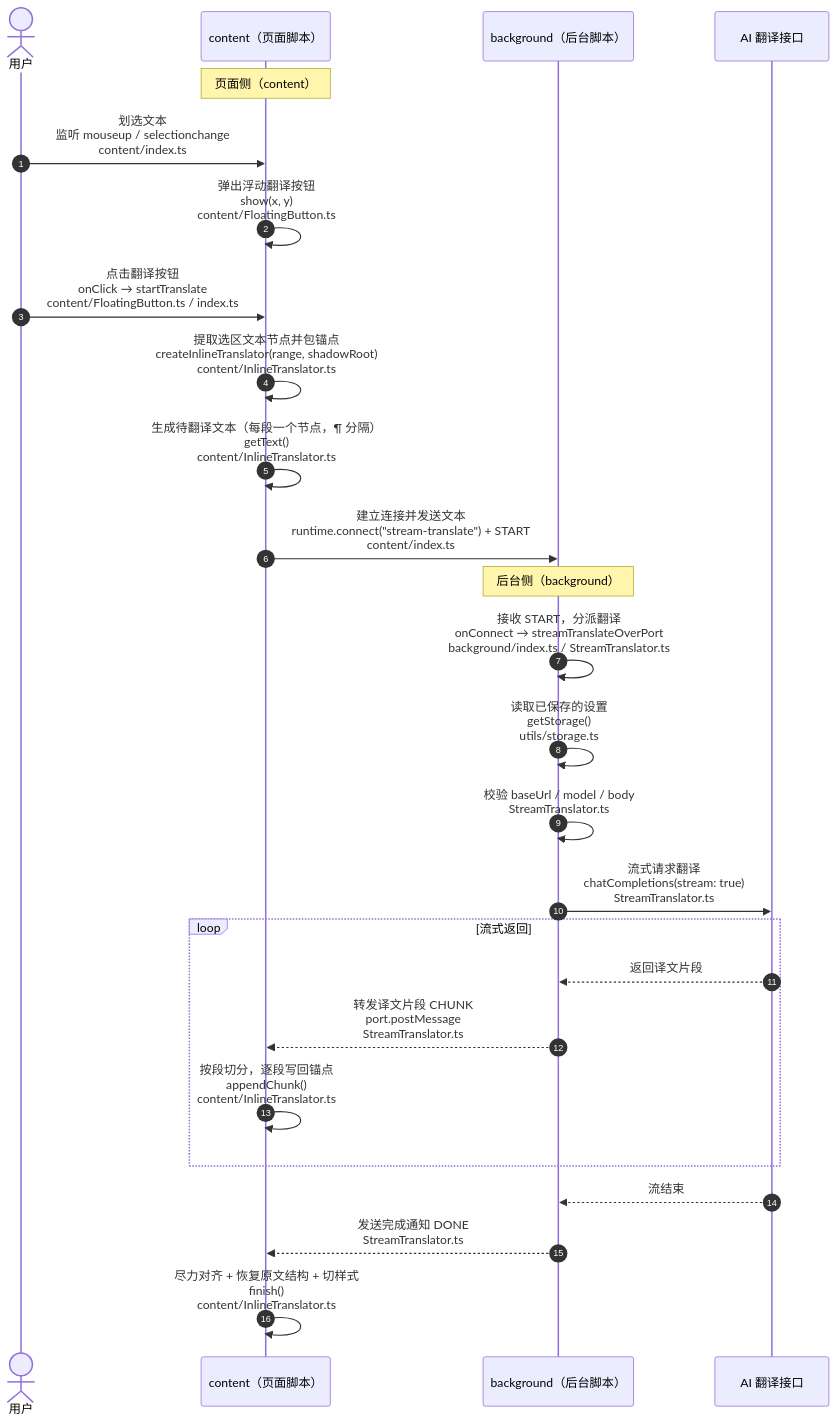
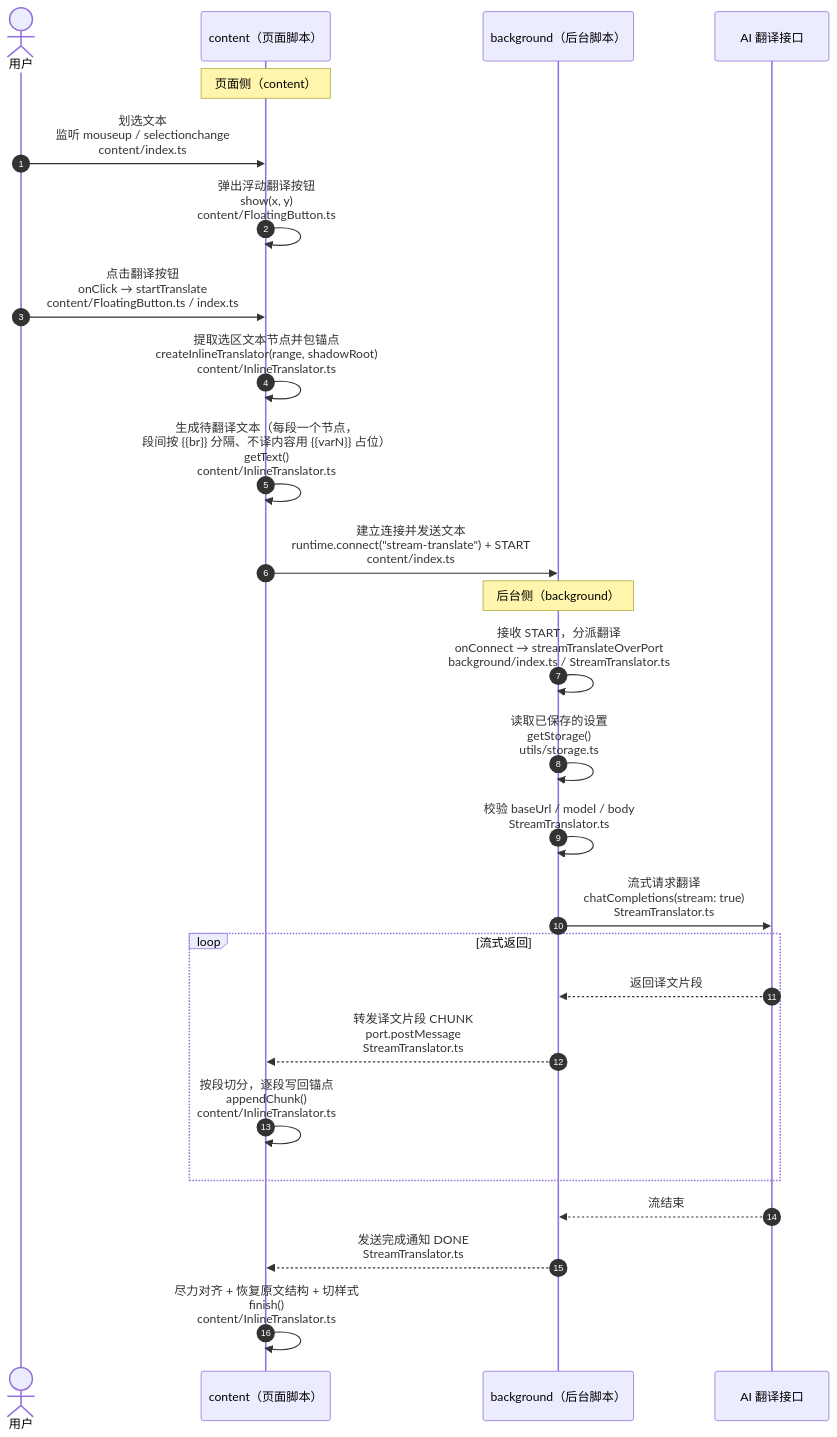
The second of 3 diagrams in docs/flowchart.md (Nickyzj628/llm-streaming-translate), drawn with Mermaid before and after one commit. The commit also changed 6 other files, not shown here.

````diff
--- a/docs/flowchart.md
+++ b/docs/flowchart.md
@@ -52,32 +52,32 @@
 ```mermaid
 sequenceDiagram
     autonumber
     actor U as 用户
     participant C as content（页面脚本）
     participant B as background（后台脚本）
     participant LLM as AI 翻译接口
 
     Note over C: 页面侧（content）
     U->>C: 划选文本<br/>监听 mouseup / selectionchange<br/>content/index.ts
     C->>C: 弹出浮动翻译按钮<br/>show(x, y)<br/>content/FloatingButton.ts
     U->>C: 点击翻译按钮<br/>onClick → startTranslate<br/>content/FloatingButton.ts / index.ts
     C->>C: 提取选区文本节点并包锚点<br/>createInlineTranslator(range, shadowRoot)<br/>content/InlineTranslator.ts
-    C->>C: 生成待翻译文本（每段一个节点，¶ 分隔）<br/>getText()<br/>content/InlineTranslator.ts
+    C->>C: 生成待翻译文本（每段一个节点，<br/>段间按 {{br}} 分隔、不译内容用 {{varN}} 占位）<br/>getText()<br/>content/InlineTranslator.ts
     C->>B: 建立连接并发送文本<br/>runtime.connect("stream-translate") + START<br/>content/index.ts
 
     Note over B: 后台侧（background）
     B->>B: 接收 START，分派翻译<br/>onConnect → streamTranslateOverPort<br/>background/index.ts / StreamTranslator.ts
     B->>B: 读取已保存的设置<br/>getStorage()<br/>utils/storage.ts
     B->>B: 校验 baseUrl / model / body<br/>StreamTranslator.ts
     B->>LLM: 流式请求翻译<br/>chatCompletions(stream: true)<br/>StreamTranslator.ts
 
     loop 流式返回
         LLM-->>B: 返回译文片段
         B-->>C: 转发译文片段 CHUNK<br/>port.postMessage<br/>StreamTranslator.ts
         C->>C: 按段切分，逐段写回锚点<br/>appendChunk()<br/>content/InlineTranslator.ts
     end
 
     LLM-->>B: 流结束
     B-->>C: 发送完成通知 DONE<br/>StreamTranslator.ts
     C->>C: 尽力对齐 + 恢复原文结构 + 切样式<br/>finish()<br/>content/InlineTranslator.ts
 ```
````
